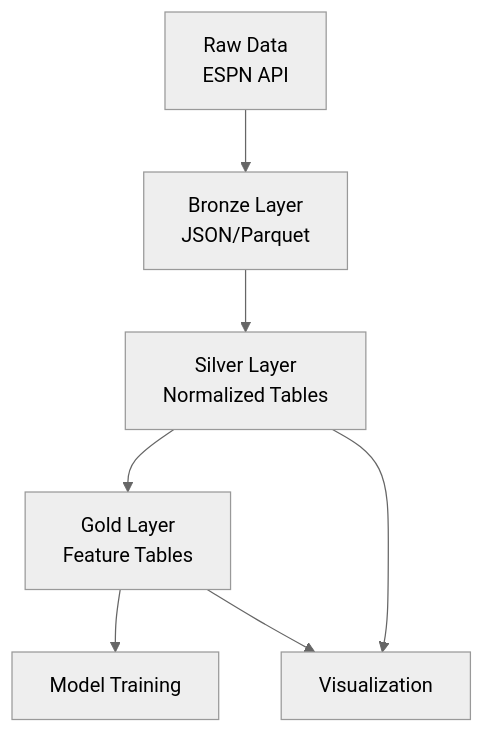
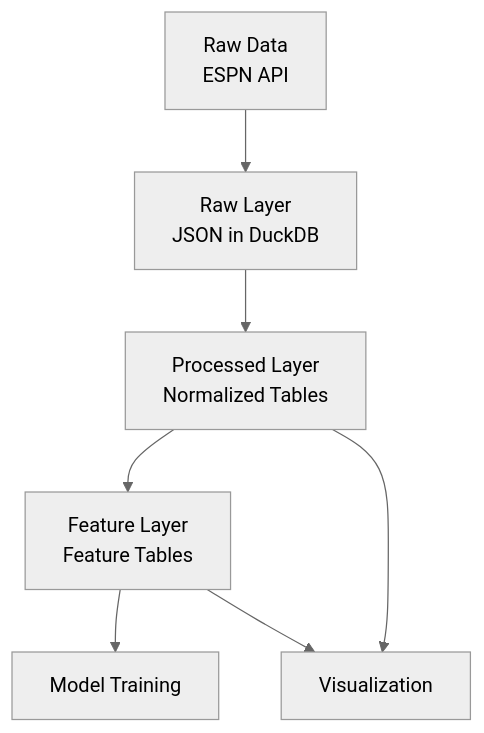
One commit to tim-mcdonnell/ncaa-basketball-analytics changed the first of 2 diagrams in docs/architecture/data-table-structures.md. Above: the diagram before and after it, drawn with Mermaid (neutral theme). The commit also changed other lines of this file and 3 other files, not shown here.

Commit message:
Refactor architecture documentation to update data storage layers from Bronze/Silver/Gold to Raw/Processed/Feature terminology; introduce detailed specifications for Phase 1 MVP implementation, including ESPN API integration, data storage architecture using DuckDB, and feature engineering framework.

````diff
--- a/docs/architecture/data-table-structures.md
+++ b/docs/architecture/data-table-structures.md
@@ -13,9 +13,9 @@
 ```mermaid
 flowchart TD
-    A[Raw Data\nESPN API] --> B[Bronze Layer\nJSON/Parquet]
-    B --> C[Silver Layer\nNormalized Tables]
-    C --> D[Gold Layer\nFeature Tables]
+    A[Raw Data\nESPN API] --> B[Raw Layer\nJSON in DuckDB]
+    B --> C[Processed Layer\nNormalized Tables]
+    C --> D[Feature Layer\nFeature Tables]
     D --> E[Model Training]
     C --> F[Visualization]
     D --> F
 ```
````
